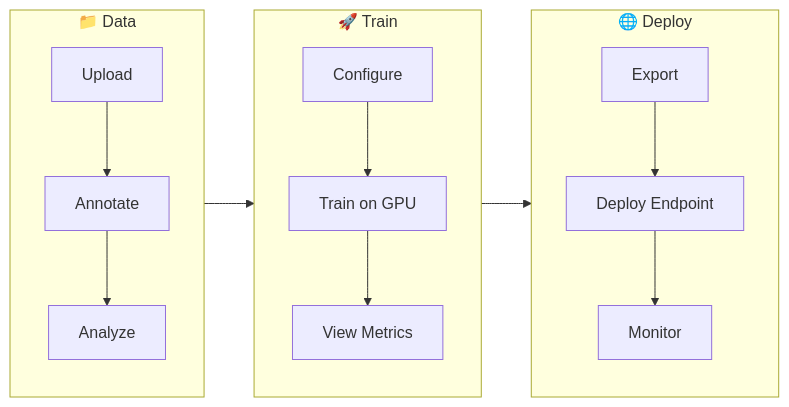
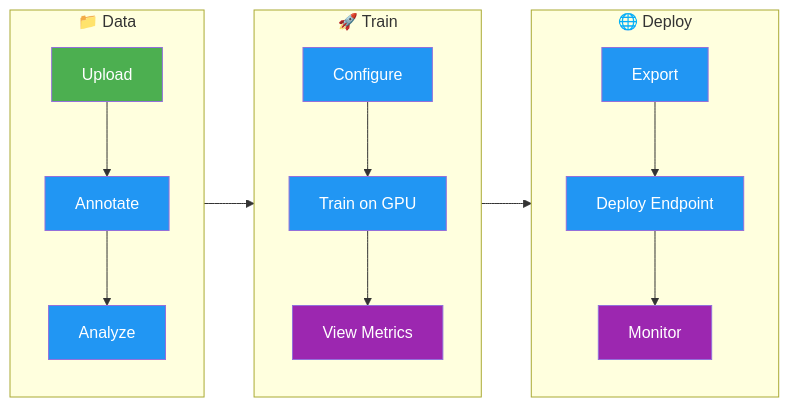
One commit to Dadalia1917/Yolo-RT-DETR-TrainCode changed the first of 3 diagrams in docs/en/platform/index.md. Above: the diagram before and after it, drawn with Mermaid. The commit also changed other lines of this file and 767 other files, not shown here.

````diff
--- a/docs/en/platform/index.md
+++ b/docs/en/platform/index.md
@@ -48,16 +29,20 @@
 ```mermaid
 graph LR
     subgraph Data["📁 Data"]
-        A[Upload] --> B[Annotate]
-        B --> C[Analyze]
+        A[Upload]:::start --> B[Annotate]:::proc
+        B --> C[Analyze]:::proc
     end
     subgraph Train["🚀 Train"]
-        D[Configure] --> E[Train on GPU]
-        E --> F[View Metrics]
+        D[Configure]:::proc --> E[Train on GPU]:::proc
+        E --> F[View Metrics]:::out
     end
     subgraph Deploy["🌐 Deploy"]
-        G[Export] --> H[Deploy Endpoint]
-        H --> I[Monitor]
+        G[Export]:::proc --> H[Deploy Endpoint]:::proc
+        H --> I[Monitor]:::out
     end
     Data --> Train --> Deploy
+
+    classDef start fill:#4CAF50,color:#fff
+    classDef proc fill:#2196F3,color:#fff
+    classDef out fill:#9C27B0,color:#fff
 ```
````
